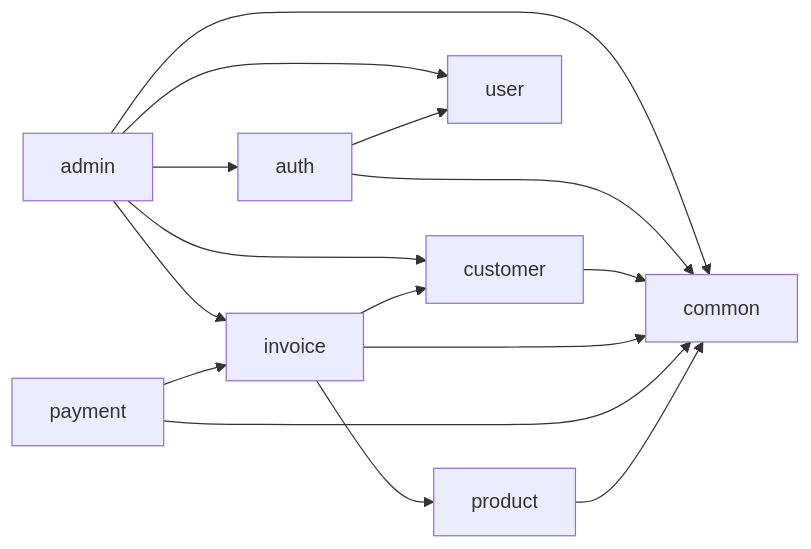
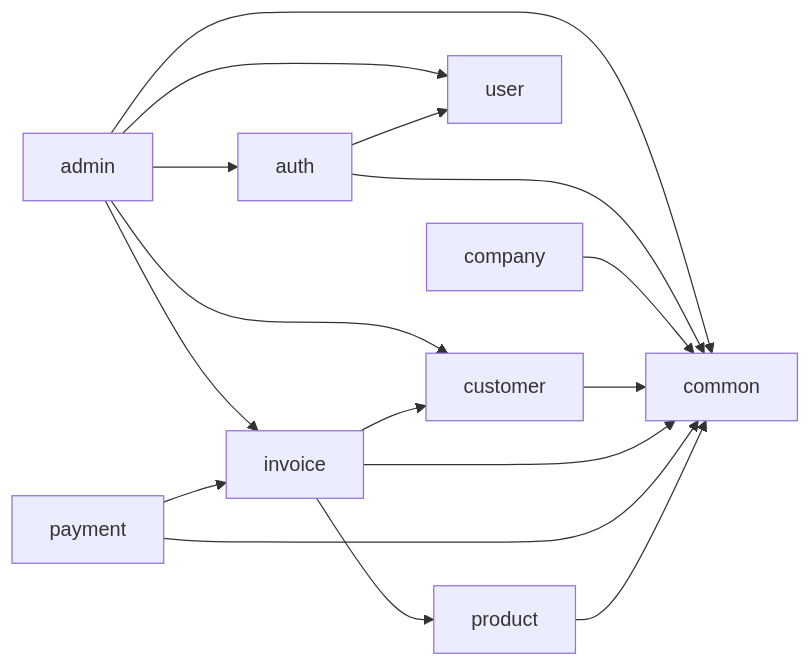
The first of 3 diagrams in docs/architecture.md (BrahimNJ/InvoiceFlow), drawn with Mermaid before and after one commit. The commit also changed 13 other files, not shown here.

````diff
--- a/docs/architecture.md
+++ b/docs/architecture.md
@@ -32,17 +32,18 @@
 ```mermaid
 flowchart LR
     admin --> auth
     admin --> common
     admin --> customer
     admin --> invoice
     admin --> user
     auth --> common
     auth --> user
+    company --> common
     customer --> common
     invoice --> common
     invoice --> customer
     invoice --> product
     payment --> common
     payment --> invoice
     product --> common
 ```
````
